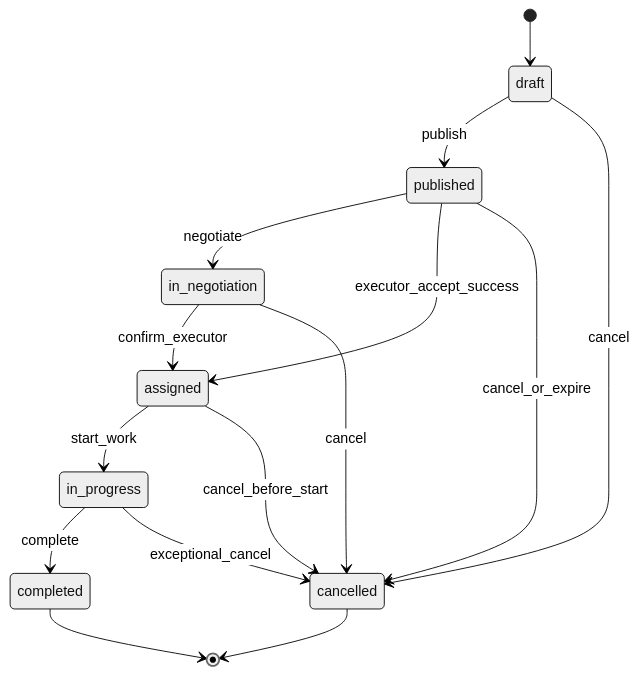
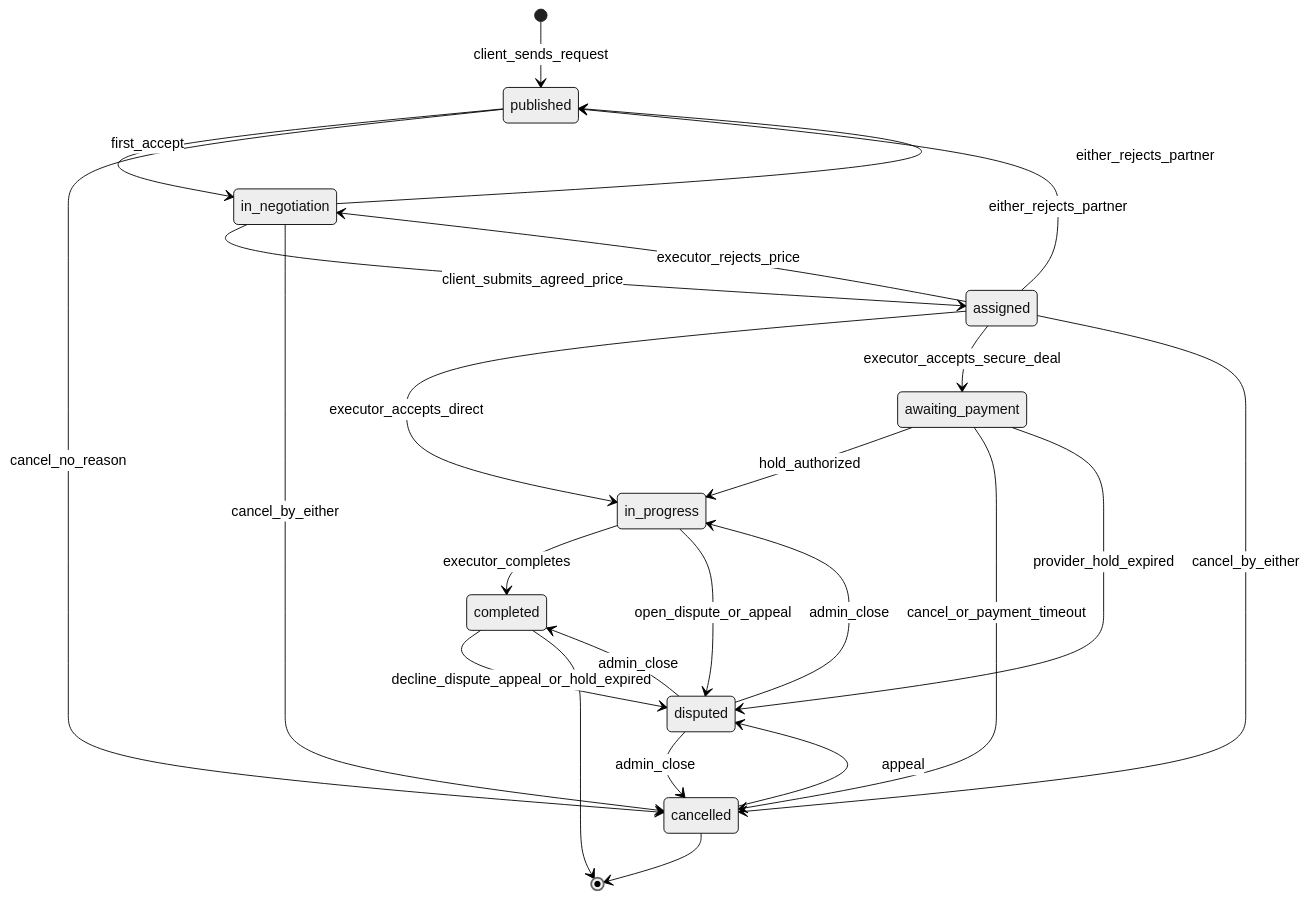
The diagram in ORDER_STATE_MACHINE.md (DefK1lla/spectaxi), drawn with Mermaid (neutral theme) before and after one commit. The commit also changed other lines of this file and 9 other files, not shown here.

First line of the commit message:
Document SpexTaxi MVP: order flow, disputes, ratings, and API.

````diff
--- a/ORDER_STATE_MACHINE.md
+++ b/ORDER_STATE_MACHINE.md
@@ -69,22 +112,34 @@
 ```mermaid
 stateDiagram-v2
-    [*] --> draft
-    draft --> published: publish
-    draft --> cancelled: cancel
+    [*] --> published: client_sends_request
 
-    published --> in_negotiation: negotiate
-    published --> assigned: executor_accept_success
-    published --> cancelled: cancel_or_expire
+    published --> in_negotiation: first_accept
+    published --> cancelled: cancel_no_reason
 
-    in_negotiation --> assigned: confirm_executor
-    in_negotiation --> cancelled: cancel
+    in_negotiation --> assigned: client_submits_agreed_price
+    in_negotiation --> published: either_rejects_partner
+    in_negotiation --> cancelled: cancel_by_either
 
-    assigned --> in_progress: start_work
-    assigned --> cancelled: cancel_before_start
+    assigned --> in_progress: executor_accepts_direct
+    assigned --> awaiting_payment: executor_accepts_secure_deal
+    assigned --> in_negotiation: executor_rejects_price
+    assigned --> published: either_rejects_partner
+    assigned --> cancelled: cancel_by_either
 
-    in_progress --> completed: complete
-    in_progress --> cancelled: exceptional_cancel
+    awaiting_payment --> in_progress: hold_authorized
+    awaiting_payment --> cancelled: cancel_or_payment_timeout
+    awaiting_payment --> disputed: provider_hold_expired
+
+    in_progress --> completed: executor_completes
+    in_progress --> disputed: open_dispute_or_appeal
+
+    completed --> disputed: decline_dispute_appeal_or_hold_expired
+    cancelled --> disputed: appeal
+
+    disputed --> completed: admin_close
+    disputed --> cancelled: admin_close
+    disputed --> in_progress: admin_close
 
     completed --> [*]
     cancelled --> [*]
 ```
````
